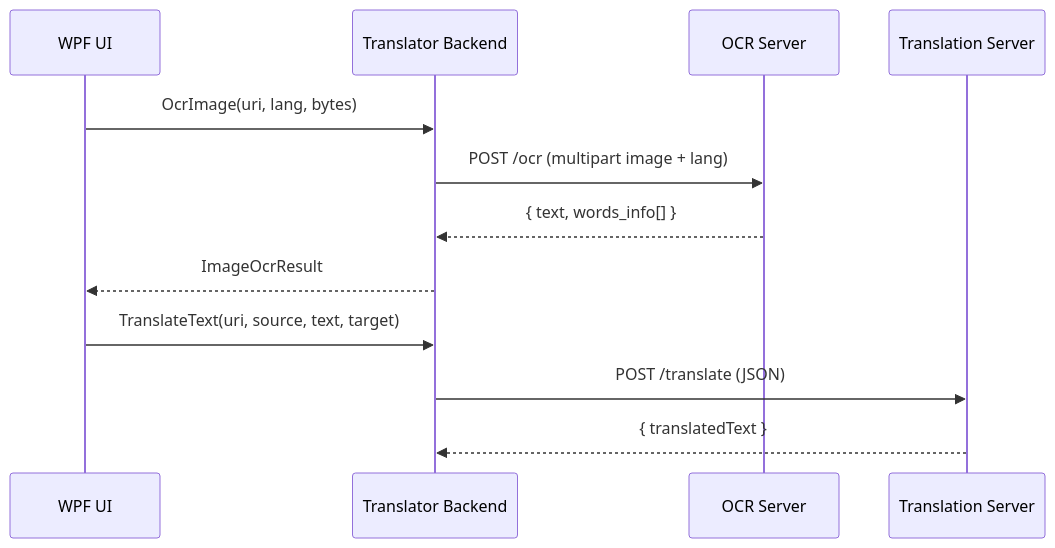
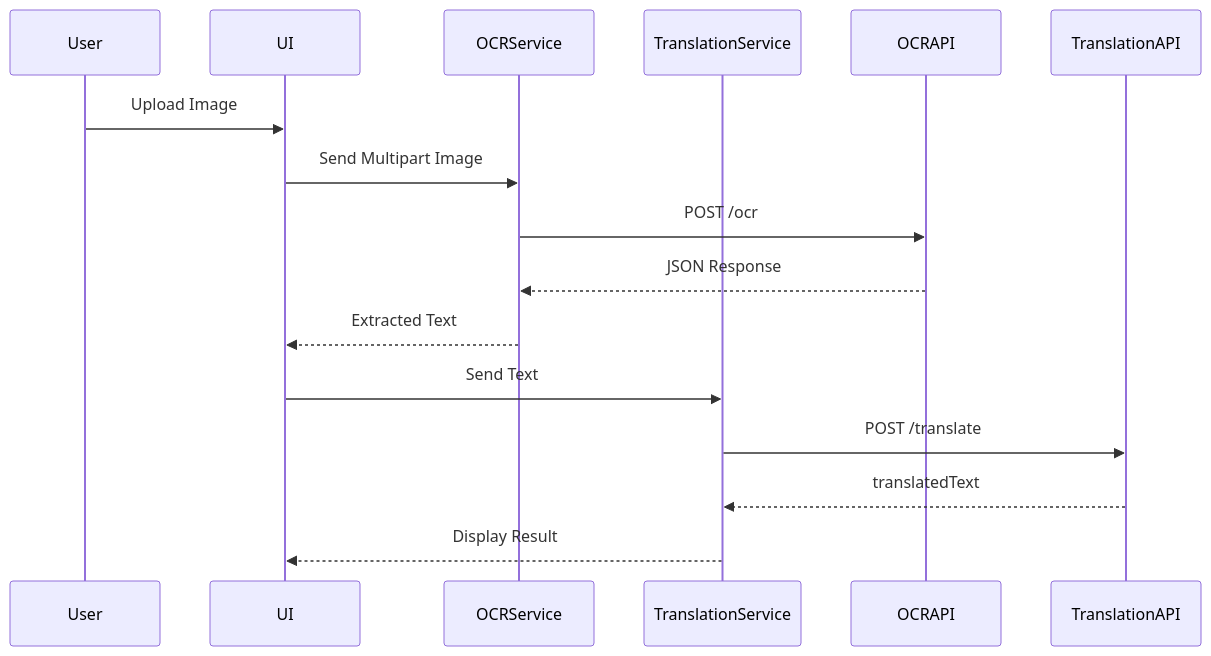
Before and after one commit to brianhannigan/translator: the second of 2 diagrams in README.md, drawn with Mermaid. The commit also changed other lines of this file, not shown here.

````diff
--- a/README.md
+++ b/README.md
@@ -60,15 +76,20 @@
 ```mermaid
 sequenceDiagram
-    participant UI as WPF UI
-    participant Backend as Translator Backend
-    participant OCR as OCR Server
-    participant Translate as Translation Server
+    participant User
+    participant UI
+    participant OCRService
+    participant TranslationService
+    participant OCRAPI
+    participant TranslationAPI
 
-    UI->>Backend: OcrImage(uri, lang, bytes)
-    Backend->>OCR: POST /ocr (multipart image + lang)
-    OCR-->>Backend: { text, words_info[] }
-    Backend-->>UI: ImageOcrResult
-    UI->>Backend: TranslateText(uri, source, text, target)
-    Backend->>Translate: POST /translate (JSON)
-    Translate-->>Backend: { translatedText }
+    User->>UI: Upload Image
+    UI->>OCRService: Send Multipart Image
+    OCRService->>OCRAPI: POST /ocr
+    OCRAPI-->>OCRService: JSON Response
+    OCRService-->>UI: Extracted Text
+
+    UI->>TranslationService: Send Text
+    TranslationService->>TranslationAPI: POST /translate
+    TranslationAPI-->>TranslationService: translatedText
+    TranslationService-->>UI: Display Result
 ```
````
